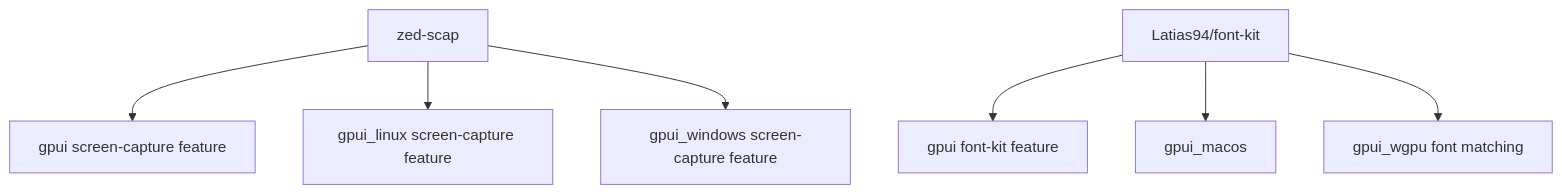
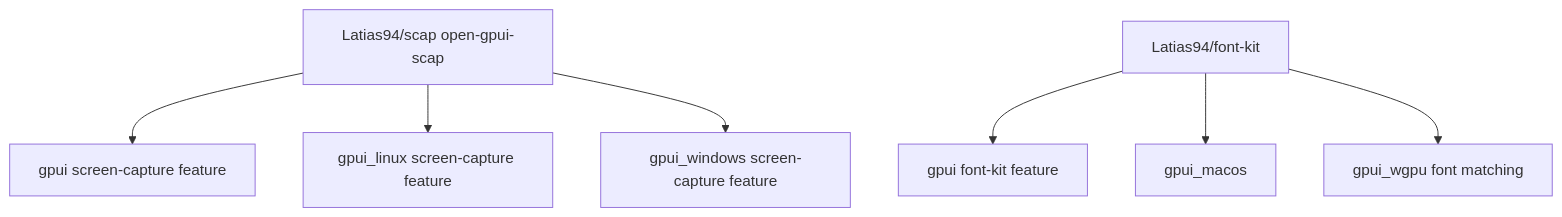
Before and after one commit to Latias94/open-gpui: the diagram in docs/imports/zed-fork-dependency-audit.md, drawn with Mermaid. The commit also changed other lines of this file and 5 other files, not shown here.

First line of the commit message:
build(scap): use open gpui fork

````diff
--- a/docs/imports/zed-fork-dependency-audit.md
+++ b/docs/imports/zed-fork-dependency-audit.md
@@ -20,9 +21,9 @@
 ```mermaid
 flowchart TD
-    Scap[zed-scap] --> Gpui[gpui screen-capture feature]
+    Scap[Latias94/scap open-gpui-scap] --> Gpui[gpui screen-capture feature]
     Scap --> GpuiLinux[gpui_linux screen-capture feature]
     Scap --> GpuiWindows[gpui_windows screen-capture feature]
     FontKit[Latias94/font-kit] --> GpuiFont[gpui font-kit feature]
     FontKit --> GpuiMacos[gpui_macos]
     FontKit --> GpuiWgpu[gpui_wgpu font matching]
 ```
````
